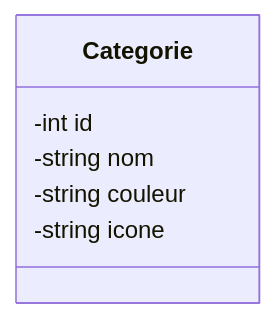
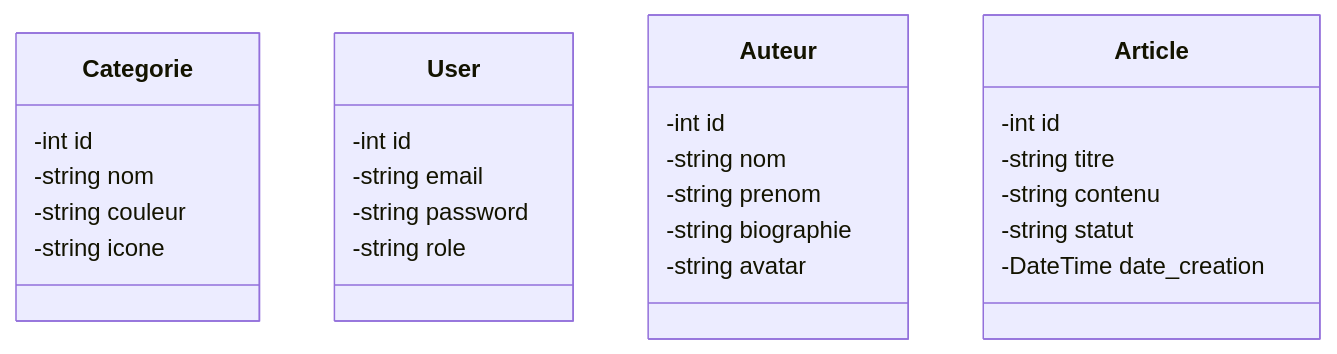
Before and after one commit to oumaima-mahfoud-mobile-dev-solicode/Mobile__tutos: the diagram in Objets/Translate the logical data model into an object model/1 Introduction to Mermaid Class Diagrams/classes.mmd, drawn with Mermaid.

Commit message:
Define User, Auteur, and Article classes
Added classes for User, Auteur, and Article with their attributes.

```diff
--- a/Objets/Translate the logical data model into an object model/1 Introduction to Mermaid Class Diagrams/classes.mmd
+++ b/Objets/Translate the logical data model into an object model/1 Introduction to Mermaid Class Diagrams/classes.mmd
@@ -1,7 +1,30 @@
 classDiagram
     class Categorie {
         -int id
         -string nom
         -string couleur
         -string icone
     }
+
+class User {
+    -int id
+    -string email
+    -string password
+    -string role
+}
+
+class Auteur {
+    -int id
+    -string nom
+    -string prenom
+    -string biographie
+    -string avatar
+}
+
+class Article {
+    -int id
+    -string titre
+    -string contenu
+    -string statut
+    -DateTime date_creation
+}
```
